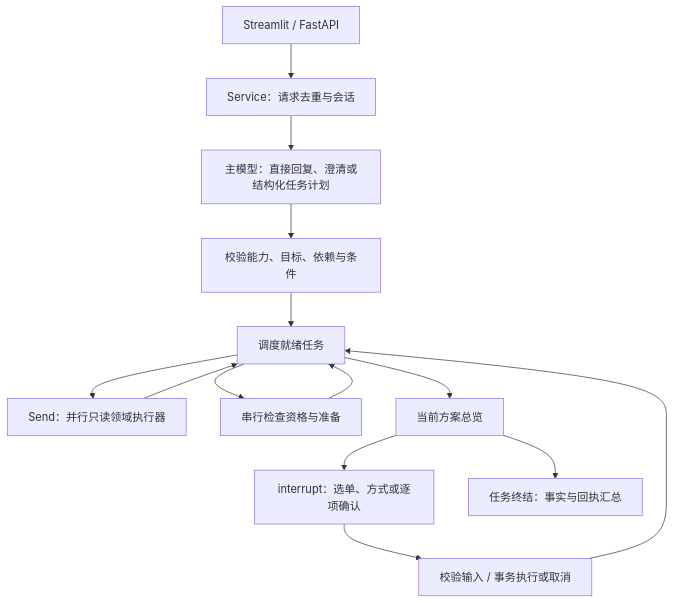
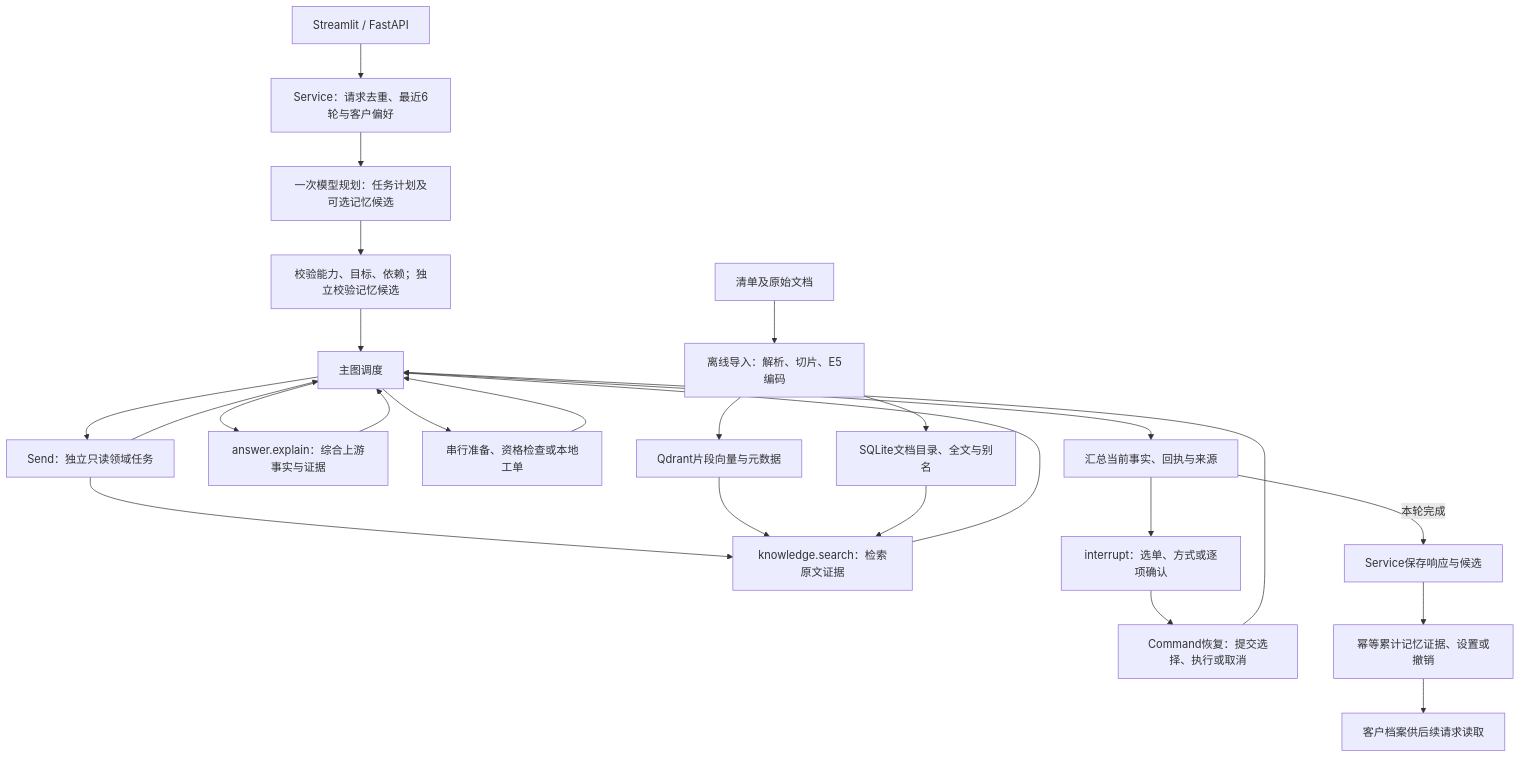
Before and after one commit to SumanaWu/ecommerce-support-agent: the diagram in ARCHITECTURE.md, drawn with Mermaid. The commit also changed other lines of this file and 425 other files, not shown here.

````diff
--- a/ARCHITECTURE.md
+++ b/ARCHITECTURE.md
@@ -5,16 +7,27 @@
 ```mermaid
 flowchart TD
-    UI[Streamlit / FastAPI] --> S[Service：请求去重与会话]
-    S --> P[主模型：直接回复、澄清或结构化任务计划]
-    P --> V[校验能力、目标、依赖与条件]
-    V --> D[调度就绪任务]
-    D --> R[Send：并行只读领域执行器]
+    UI[Streamlit / FastAPI] --> S[Service：请求去重、最近6轮与客户偏好]
+    S --> P[一次模型规划：任务计划及可选记忆候选]
+    P --> V[校验能力、目标、依赖；独立校验记忆候选]
+    V --> D[主图调度]
+    D --> R[Send：独立只读领域任务]
     R --> D
-    D --> W[串行检查资格与准备]
+    R --> K[knowledge.search：检索原文证据]
+    K --> D
+    D --> X[answer.explain：综合上游事实与证据]
+    X --> D
+    D --> W[串行准备、资格检查或本地工单]
     W --> D
-    D --> G[当前方案总览]
+    D --> G[汇总当前事实、回执与来源]
     G --> I[interrupt：选单、方式或逐项确认]
-    I --> E[校验输入 / 事务执行或取消]
+    I --> E[Command恢复：提交选择、执行或取消]
     E --> D
-    G --> F[任务终结：事实与回执汇总]
+    G -->|本轮完成| F[Service保存响应与候选]
+    F --> M[幂等累计记忆证据、设置或撤销]
+    M --> U[客户档案供后续请求读取]
+    C[清单及原始文档] --> B[离线导入：解析、切片、E5编码]
+    B --> Q[Qdrant片段向量与元数据]
+    B --> L[SQLite文档目录、全文与别名]
+    Q --> K
+    L --> K
 ```
````
